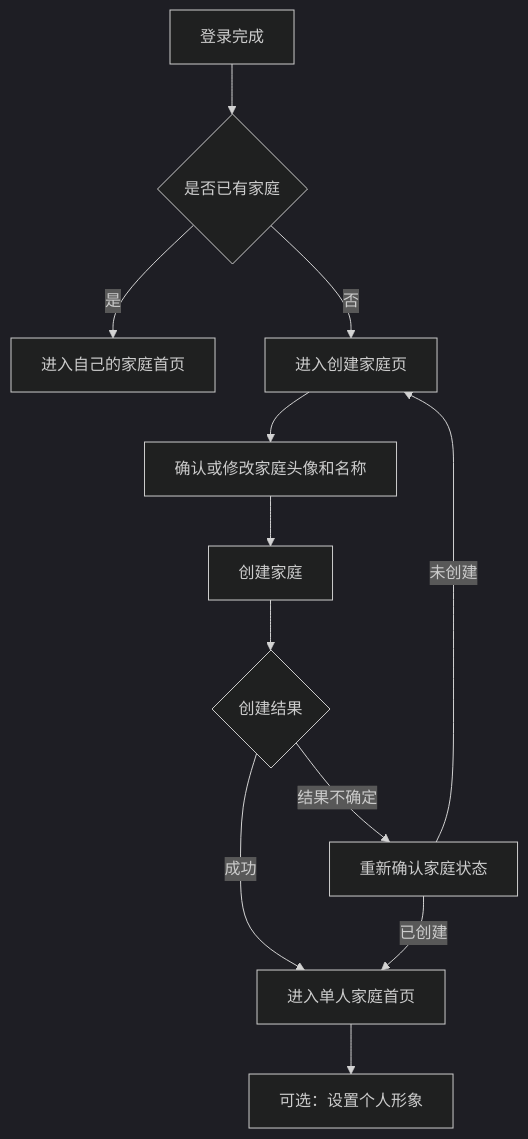
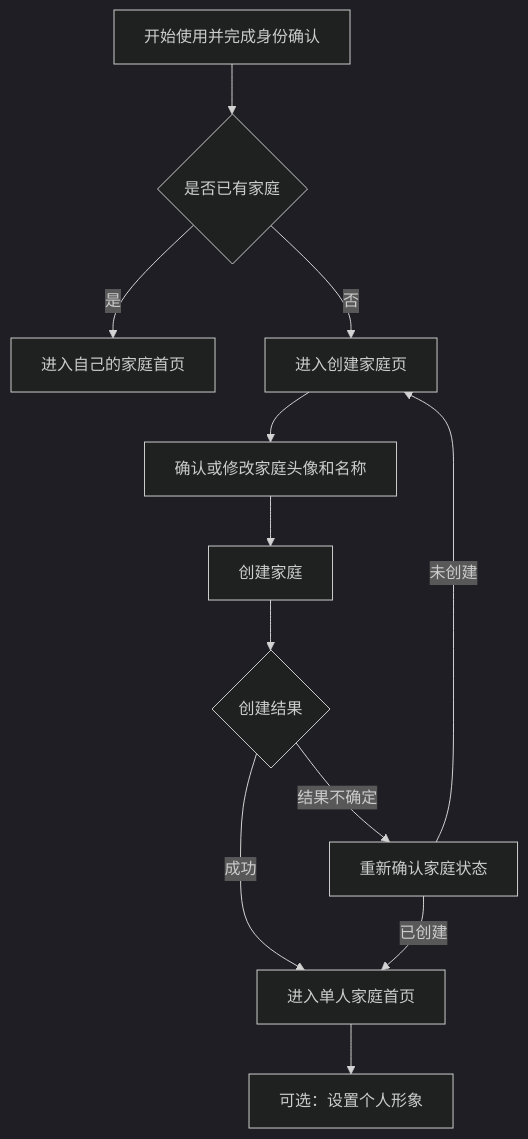
Before and after one commit to MonsterBreeder/Cohabitation-Life: the diagram in docs/prd/003-create-home-prd.md, drawn with Mermaid (dark theme). The commit also changed other lines of this file and 43 other files, not shown here.

````diff
--- a/docs/prd/003-create-home-prd.md
+++ b/docs/prd/003-create-home-prd.md
@@ -17,14 +17,14 @@
 ```mermaid
 flowchart TB
-  A[登录完成] --> B{是否已有家庭}
+  A[开始使用并完成身份确认] --> B{是否已有家庭}
   B -- 是 --> C[进入自己的家庭首页]
   B -- 否 --> D[进入创建家庭页]
   D --> E[确认或修改家庭头像和名称]
   E --> F[创建家庭]
   F --> G{创建结果}
   G -- 成功 --> H[进入单人家庭首页]
   G -- 结果不确定 --> I[重新确认家庭状态]
   I -- 已创建 --> H
   I -- 未创建 --> D
   H --> J[可选：设置个人形象]
 ```
````
